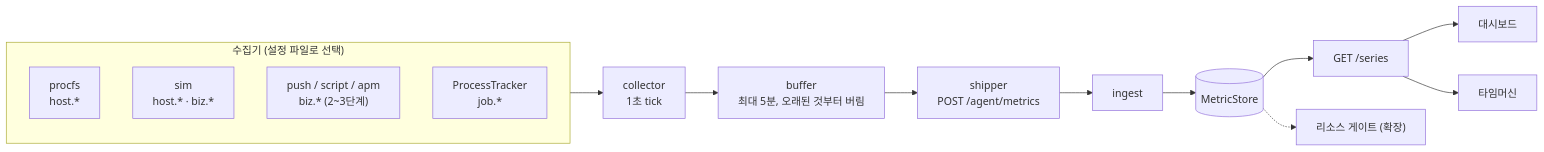
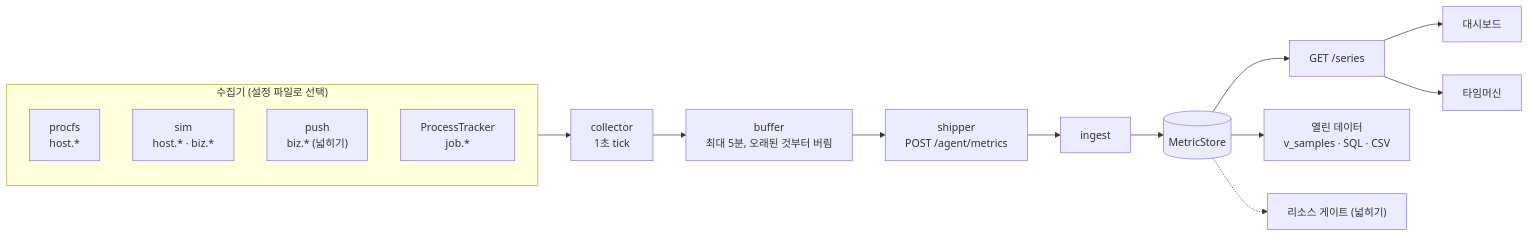
Before and after one commit to bulletgirls/contune: the second of 3 diagrams in docs/02-mvp-architecture.md, drawn with Mermaid. The commit also changed other lines of this file and 3 other files, not shown here.

````diff
--- a/docs/02-mvp-architecture.md
+++ b/docs/02-mvp-architecture.md
@@ -97,14 +101,15 @@
 ```mermaid
 flowchart LR
   subgraph SRC["수집기 (설정 파일로 선택)"]
     A1["procfs<br/>host.*"]
     A2["sim<br/>host.* · biz.*"]
-    A3["push / script / apm<br/>biz.* (2~3단계)"]
+    A3["push<br/>biz.* (넓히기)"]
     A4["ProcessTracker<br/>job.*"]
   end
   SRC --> C["collector<br/>1초 tick"] --> B["buffer<br/>최대 5분, 오래된 것부터 버림"] --> SH["shipper<br/>POST /agent/metrics"]
   SH --> IN["ingest"] --> ST[("MetricStore")] --> QA["GET /series"]
   QA --> UI1["대시보드"]
   QA --> UI2["타임머신"]
-  ST -.-> G["리소스 게이트 (확장)"]
+  ST --> OD["열린 데이터<br/>v_samples · SQL · CSV"]
+  ST -.-> G["리소스 게이트 (넓히기)"]
 ```
````
